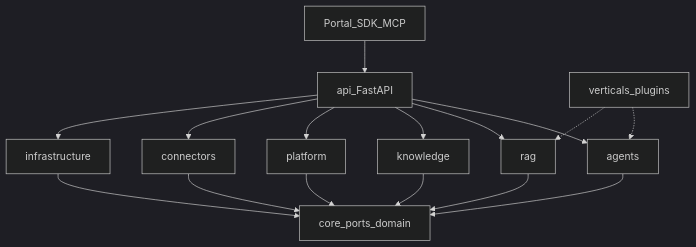
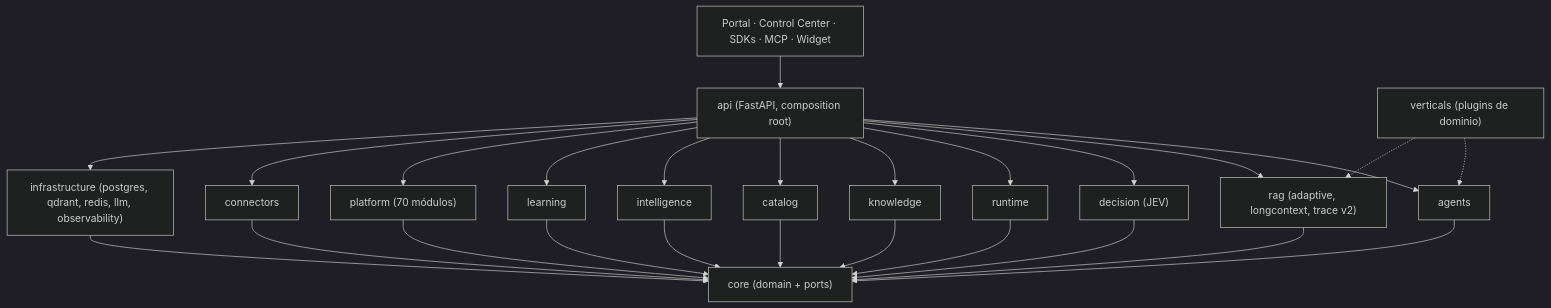
The diagram in README.md (yoredstorm/zent_rag), drawn with Mermaid (dark theme) before and after one commit. The commit also changed other lines of this file, not shown here.

````diff
--- a/README.md
+++ b/README.md
@@ -306,18 +259,28 @@
 ```mermaid
 flowchart TB
-  Client[Portal_SDK_MCP] --> API[api_FastAPI]
-  API --> Agents[agents]
-  API --> RAG[rag]
-  API --> Knowledge[knowledge]
-  API --> Platform[platform]
-  API --> Connectors[connectors]
-  Agents --> Core[core_ports_domain]
+  Client["Portal · Control Center · SDKs · MCP · Widget"] --> API["api (FastAPI, composition root)"]
+  API --> Agents["agents"]
+  API --> RAG["rag (adaptive, longcontext, trace v2)"]
+  API --> Decision["decision (JEV)"]
+  API --> Runtime["runtime"]
+  API --> Knowledge["knowledge"]
+  API --> CatalogG["catalog"]
+  API --> Intelligence["intelligence"]
+  API --> Learning["learning"]
+  API --> Platform["platform (70 módulos)"]
+  API --> Connectors["connectors"]
+  Agents --> Core["core (domain + ports)"]
   RAG --> Core
+  Decision --> Core
+  Runtime --> Core
   Knowledge --> Core
+  CatalogG --> Core
+  Intelligence --> Core
+  Learning --> Core
   Platform --> Core
   Connectors --> Core
-  Infra[infrastructure] --> Core
+  Infra["infrastructure (postgres, qdrant, redis, llm, observability)"] --> Core
   API --> Infra
-  Verticals[verticals_plugins] -.-> Agents
+  Verticals["verticals (plugins de dominio)"] -.-> Agents
   Verticals -.-> RAG
 ```
````
